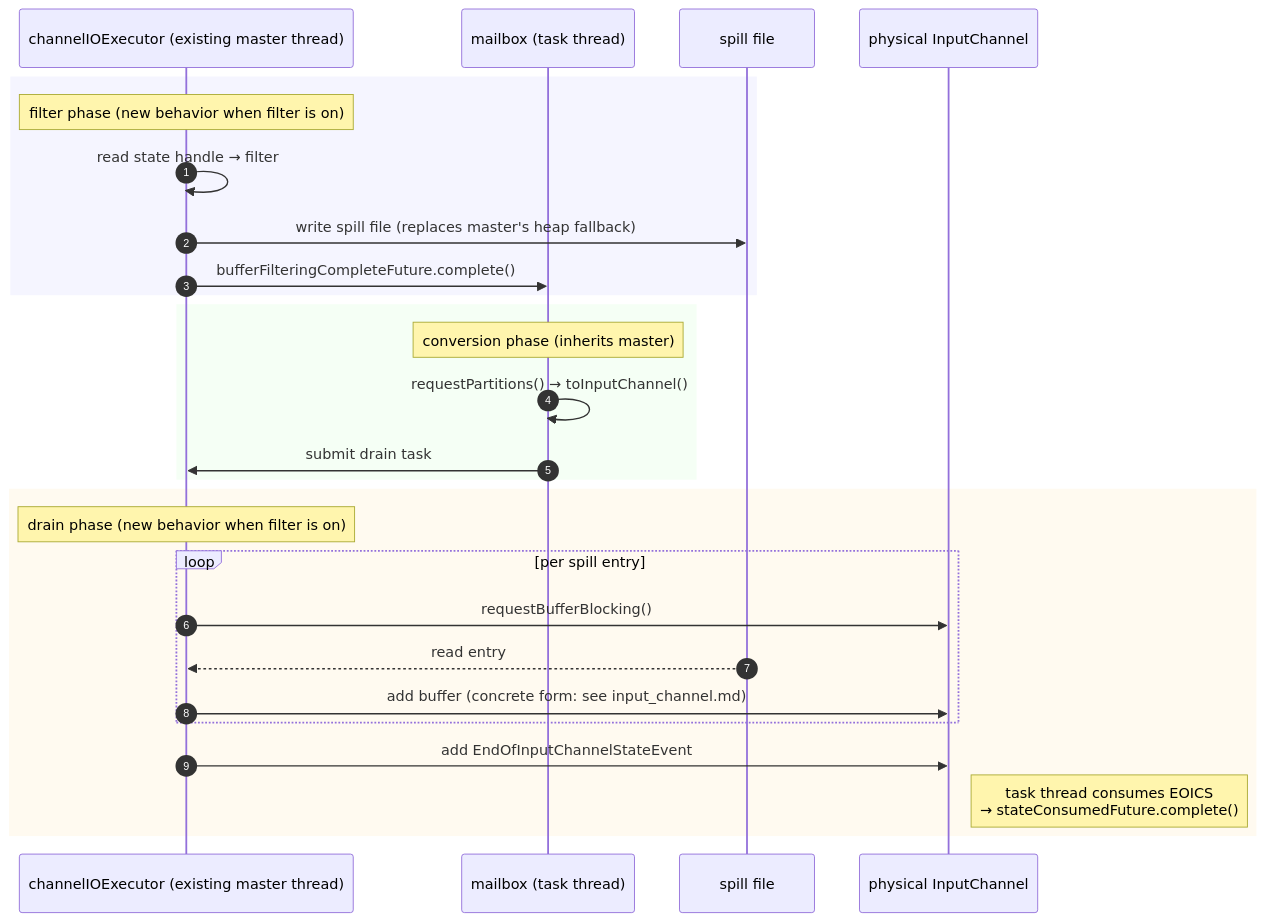
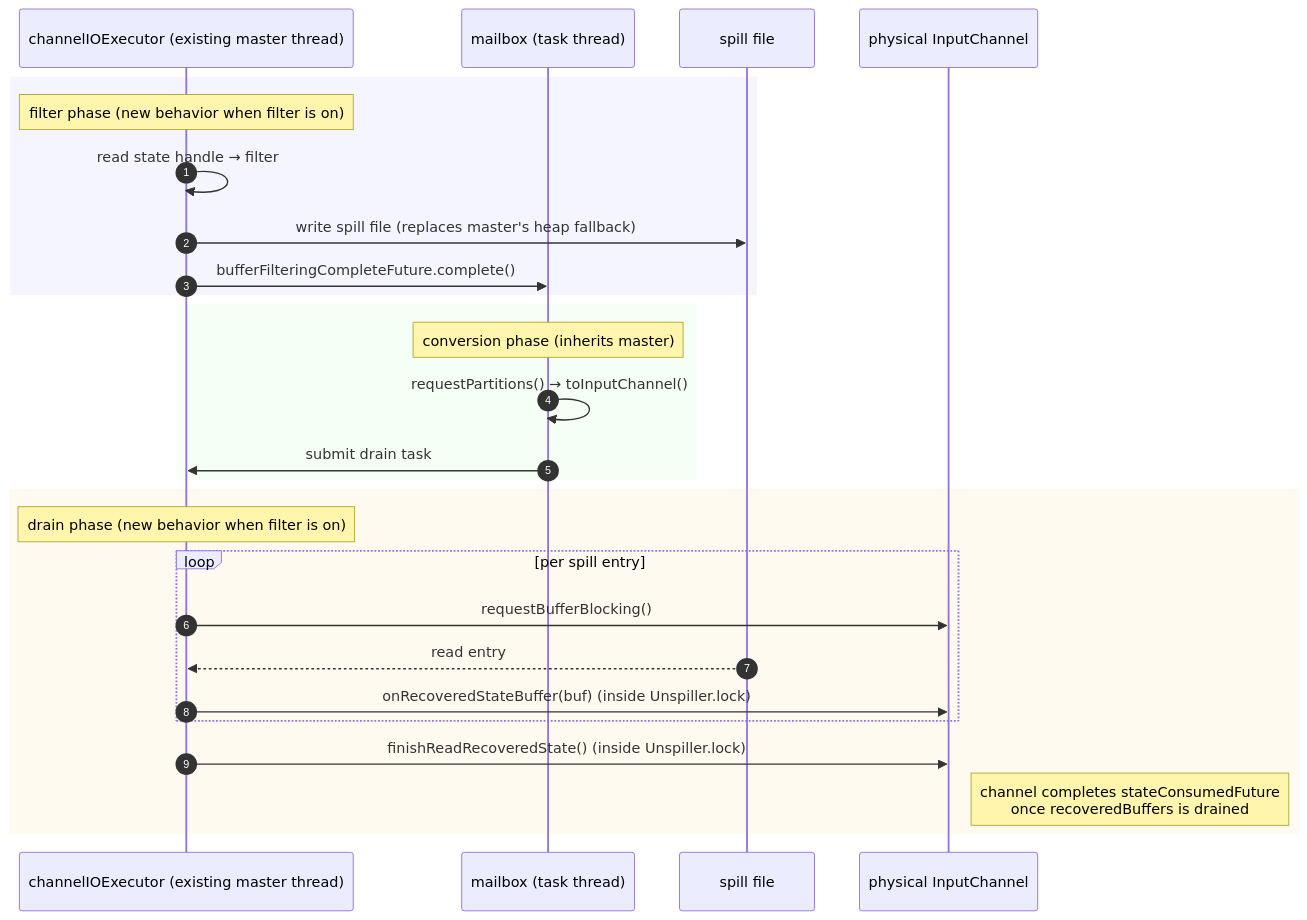
One commit to 1996fanrui/flink changed the first of 2 diagrams in requirements/38544/simplify_approach/overview.md. Above: the diagram before and after it, drawn with Mermaid. The commit also changed other lines of this file and 3 other files, not shown here.

````diff
--- a/requirements/38544/simplify_approach/overview.md
+++ b/requirements/38544/simplify_approach/overview.md
@@ -25,29 +27,29 @@
 ```mermaid
 sequenceDiagram
     autonumber
     participant CIO as channelIOExecutor (existing master thread)
     participant MB  as mailbox (task thread)
     participant DISK as spill file
     participant PC  as physical InputChannel
     rect rgb(245,245,255)
       Note over CIO: filter phase (new behavior when filter is on)
       CIO->>CIO: read state handle → filter
       CIO->>DISK: write spill file (replaces master's heap fallback)
       CIO->>MB: bufferFilteringCompleteFuture.complete()
     end
     rect rgb(245,255,245)
       Note over MB: conversion phase (inherits master)
       MB->>MB: requestPartitions() → toInputChannel()
       MB->>CIO: submit drain task
     end
     rect rgb(255,250,240)
       Note over CIO: drain phase (new behavior when filter is on)
       loop per spill entry
         CIO->>PC: requestBufferBlocking()
         DISK-->>CIO: read entry
-        CIO->>PC: add buffer (concrete form: see input_channel.md)
+        CIO->>PC: onRecoveredStateBuffer(buf) (inside Unspiller.lock)
       end
-      CIO->>PC: add EndOfInputChannelStateEvent
-      Note right of PC: task thread consumes EOICS<br/>→ stateConsumedFuture.complete()
+      CIO->>PC: finishReadRecoveredState() (inside Unspiller.lock)
+      Note right of PC: channel completes stateConsumedFuture<br/>once recoveredBuffers is drained
     end
 ```
````
